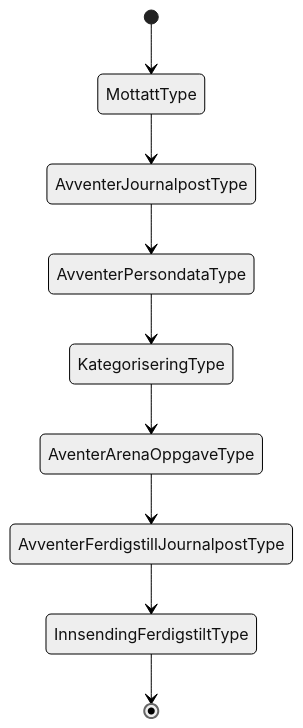
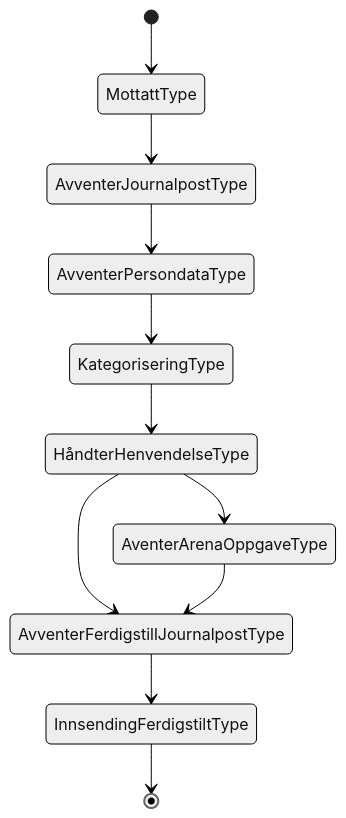
The diagram in docs/arkitektur/tilstander/NAV 04-06.05.approved.md (navikt/dp-mottak), drawn with Mermaid (neutral theme) before and after one commit. The commit also changed 3 other files, not shown here.

````diff
--- a/docs/arkitektur/tilstander/NAV 04-06.05.approved.md
+++ b/docs/arkitektur/tilstander/NAV 04-06.05.approved.md
@@ -3,11 +3,13 @@
 ```mermaid
    stateDiagram
    [*]-->MottattType
    	MottattType --> AvventerJournalpostType
 	AvventerJournalpostType --> AvventerPersondataType
 	AvventerPersondataType --> KategoriseringType
-	KategoriseringType --> AventerArenaOppgaveType
+    KategoriseringType --> HåndterHenvendelseType
+    HåndterHenvendelseType --> AventerArenaOppgaveType
+    HåndterHenvendelseType --> AvventerFerdigstillJournalpostType
 	AventerArenaOppgaveType --> AvventerFerdigstillJournalpostType
 	AvventerFerdigstillJournalpostType --> InnsendingFerdigstiltType
    InnsendingFerdigstiltType--> [*]    
 ```
````
